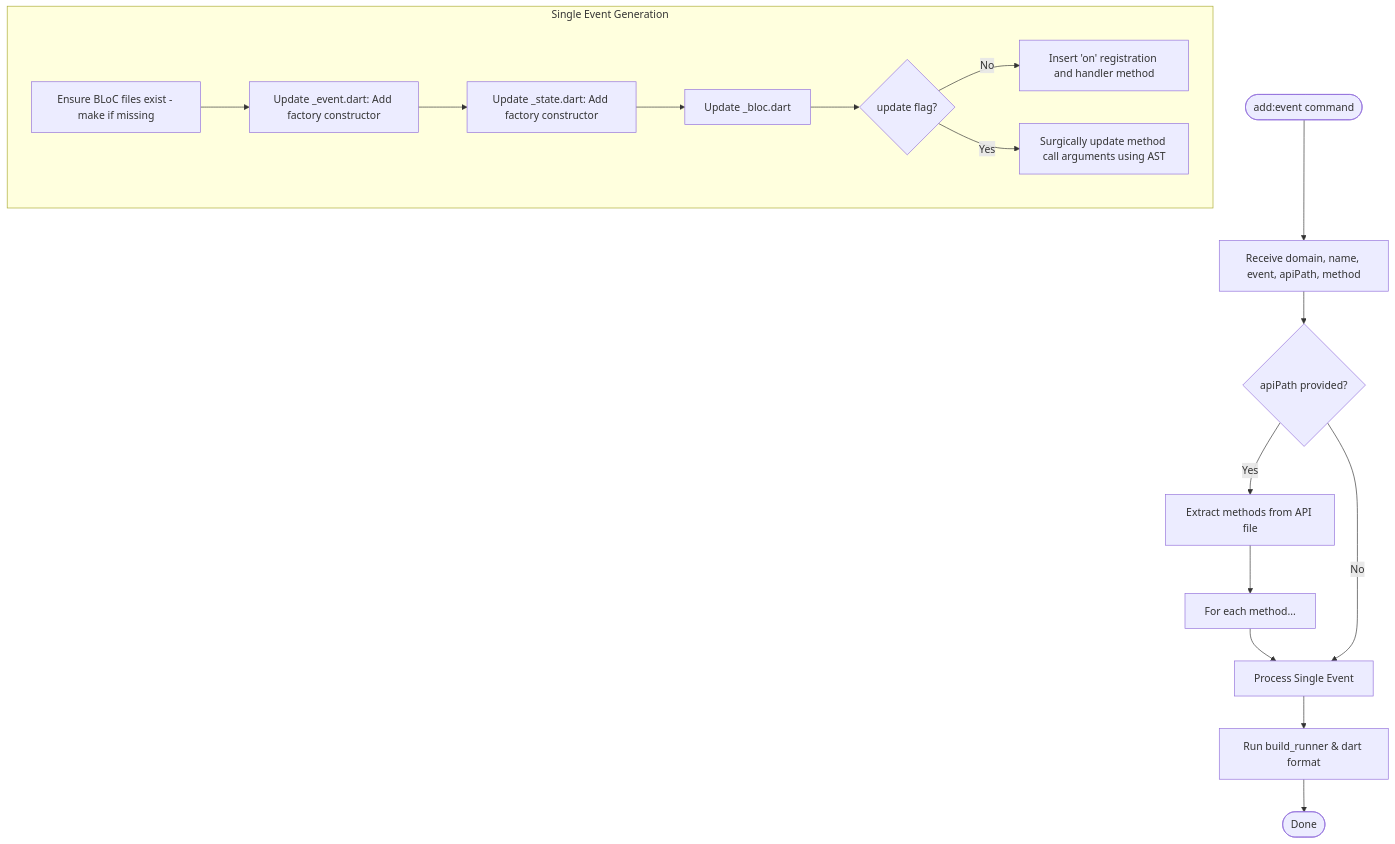
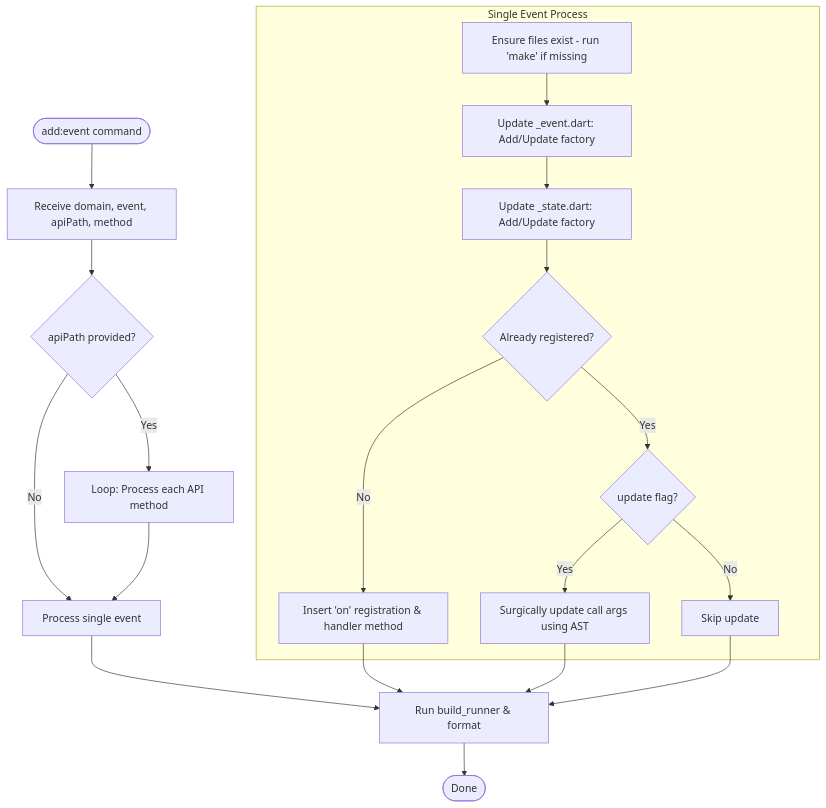
The second of 2 diagrams in README.md (zerolethanh/blocz), drawn with Mermaid before and after one commit. The commit also changed other lines of this file and 2 other files, not shown here.

````diff
--- a/README.md
+++ b/README.md
@@ -23,25 +47,29 @@
 ```mermaid
 graph TD
-    Start([add:event command]) --> Input[Receive domain, name, event, apiPath, method]
+    Start([add:event command]) --> Input[Receive domain, event, apiPath, method]
     Input --> Mode{apiPath provided?}
     
-    Mode -- Yes --> ExtractMethods[Extract methods from API file]
-    ExtractMethods --> Loop[For each method...]
-    Loop --> SingleEvent
+    Mode -- Yes --> Bulk[Loop: Process each API method]
+    Mode -- No --> Single[Process single event]
     
-    Mode -- No --> SingleEvent[Process Single Event]
+    Bulk --> Single
     
-    subgraph SingleEventFlow [Single Event Generation]
-        CheckFiles[Ensure BLoC files exist - make if missing]
-        CheckFiles --> Event[Update _event.dart: Add factory constructor]
-        Event --> State[Update _state.dart: Add factory constructor]
-        State --> Bloc[Update _bloc.dart]
+    subgraph SingleEventProc [Single Event Process]
+        Ensure[Ensure files exist - run 'make' if missing]
+        Ensure --> Ev[Update _event.dart: Add/Update factory]
+        Ev --> St[Update _state.dart: Add/Update factory]
+        St --> Bl{Already registered?}
         
-        Bloc --> UpdateCheck{update flag?}
-        UpdateCheck -- No --> Registration[Insert 'on' registration and handler method]
-        UpdateCheck -- Yes --> Surgical[Surgically update method call arguments using AST]
+        Bl -- No --> Reg[Insert 'on' registration & handler method]
+        Bl -- Yes --> Upd{update flag?}
+        
+        Upd -- Yes --> Surgical[Surgically update call args using AST]
+        Upd -- No --> Skip[Skip update]
     end
     
-    SingleEvent --> Finish[Run build_runner & dart format]
+    Single --> Finish[Run build_runner & format]
+    Reg --> Finish
+    Surgical --> Finish
+    Skip --> Finish
     Finish --> End([Done])
 ```
````
